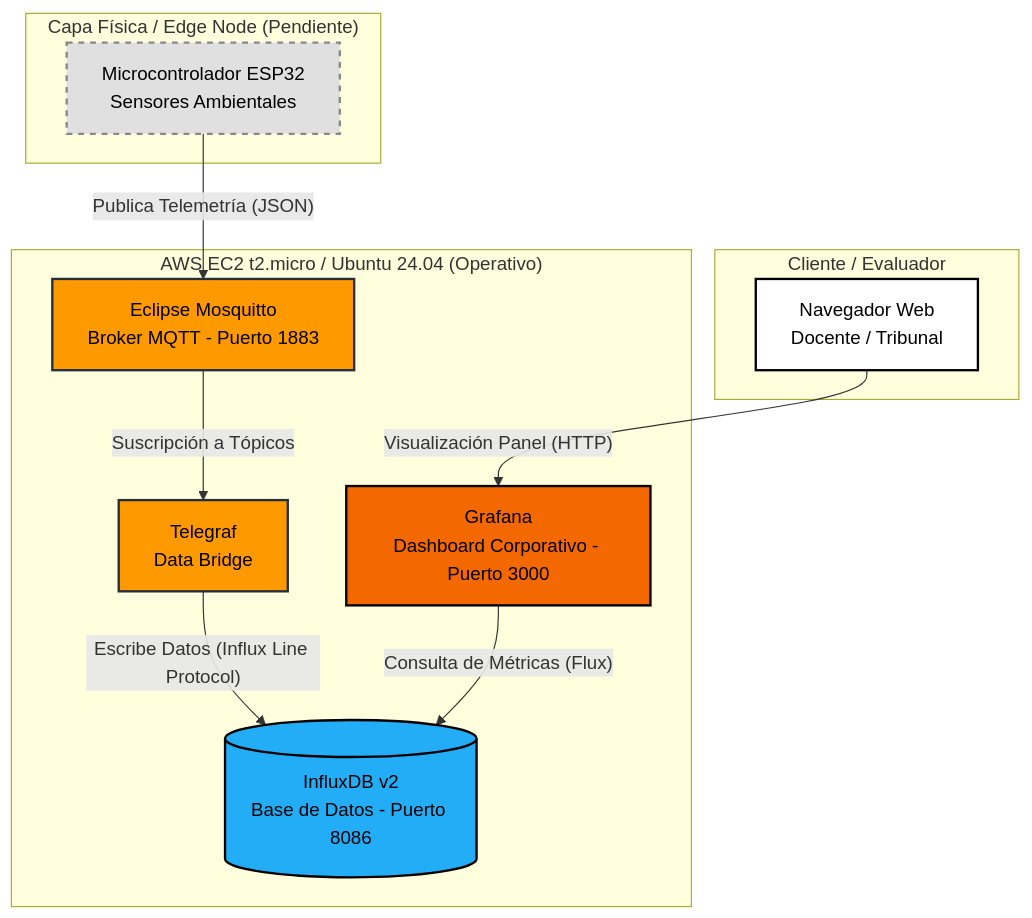
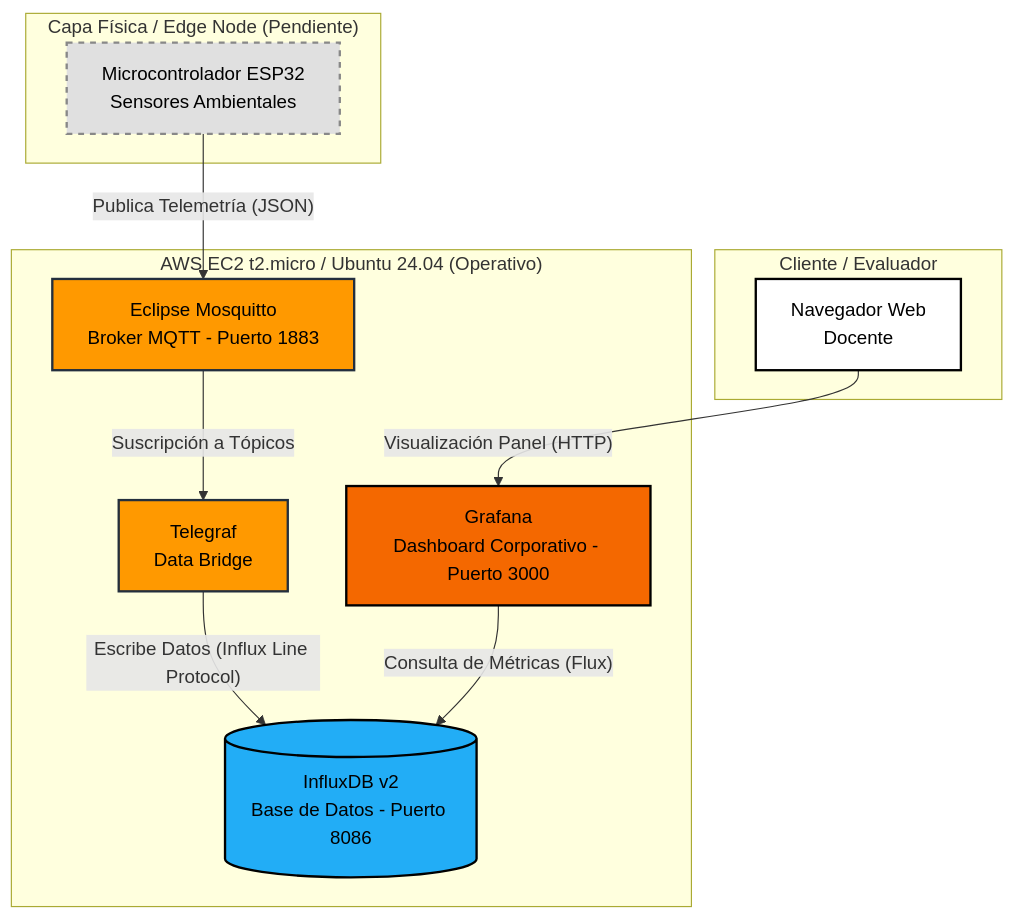
The diagram in INFORME.md (isaacpv962/proyecto_final_COM610), drawn with Mermaid before and after one commit. The commit also changed other lines of this file and 5 other files, not shown here.

````diff
--- a/INFORME.md
+++ b/INFORME.md
@@ -34,35 +34,35 @@
 ```mermaid
 graph TD
     subgraph EdgeNode ["Capa Física / Edge Node (Pendiente)"]
         A[Microcontrolador ESP32<br>Sensores Ambientales]
     end
 
     subgraph AWSCloud ["AWS EC2 t2.micro / Ubuntu 24.04 (Operativo)"]
         B[Eclipse Mosquitto<br>Broker MQTT - Puerto 1883]
         C[Telegraf<br>Data Bridge]
         D[(InfluxDB v2<br>Base de Datos - Puerto 8086)]
         E[Grafana<br>Dashboard Corporativo - Puerto 3000]
     end
 
     subgraph UserClient ["Cliente / Evaluador"]
-        F[Navegador Web<br>Docente / Tribunal]
+        F[Navegador Web<br>Docente]
     end
 
     A -- "Publica Telemetría (JSON)" --> B
     B -- "Suscripción a Tópicos" --> C
     C -- "Escribe Datos (Influx Line Protocol)" --> D
     E -- "Consulta de Métricas (Flux)" --> D
     F -- "Visualización Panel (HTTP)" --> E
 
     classDef aws fill:#FF9900,stroke:#232F3E,stroke-width:2px,color:black;
     classDef edge fill:#E0E0E0,stroke:#888888,stroke-width:2px,color:black,stroke-dasharray: 5 5;
     classDef db fill:#22ADF6,stroke:#000000,stroke-width:2px,color:black;
     classDef dashboard fill:#F46800,stroke:#000000,stroke-width:2px,color:black;
     classDef client fill:#ffffff,stroke:#000000,stroke-width:2px,color:black;
     
     class A edge;
     class B,C aws;
     class D db;
     class E dashboard;
     class F client;
 ```
````
